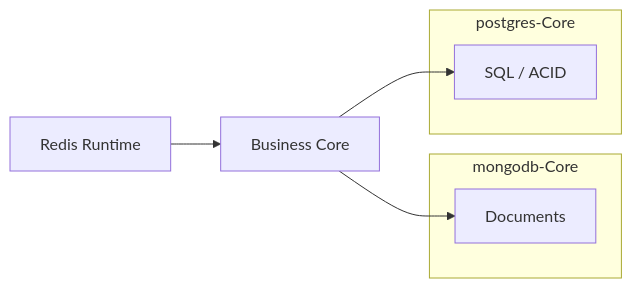
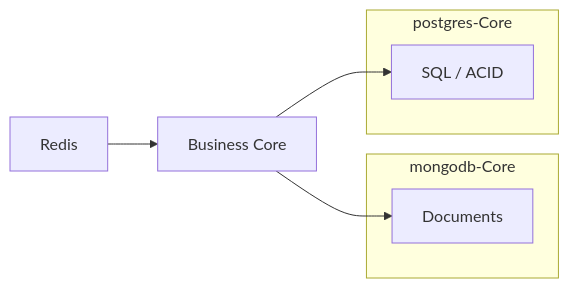
The diagram in README.md (sunflowermm/postgres-Core), drawn with Mermaid before and after one commit. The commit also changed other lines of this file and 6 other files, not shown here.

````diff
--- a/README.md
+++ b/README.md
@@ -61,12 +57,12 @@
 ```mermaid
 flowchart LR
-  subgraph mongo["mongodb-Core"]
+  subgraph doc["mongodb-Core"]
     M[Documents]
   end
-  subgraph pg["postgres-Core"]
+  subgraph rel["postgres-Core"]
     P[SQL / ACID]
   end
   B[Business Core] --> M
   B --> P
-  R[Redis Runtime] --> B
+  R[Redis] --> B
 ```
````
